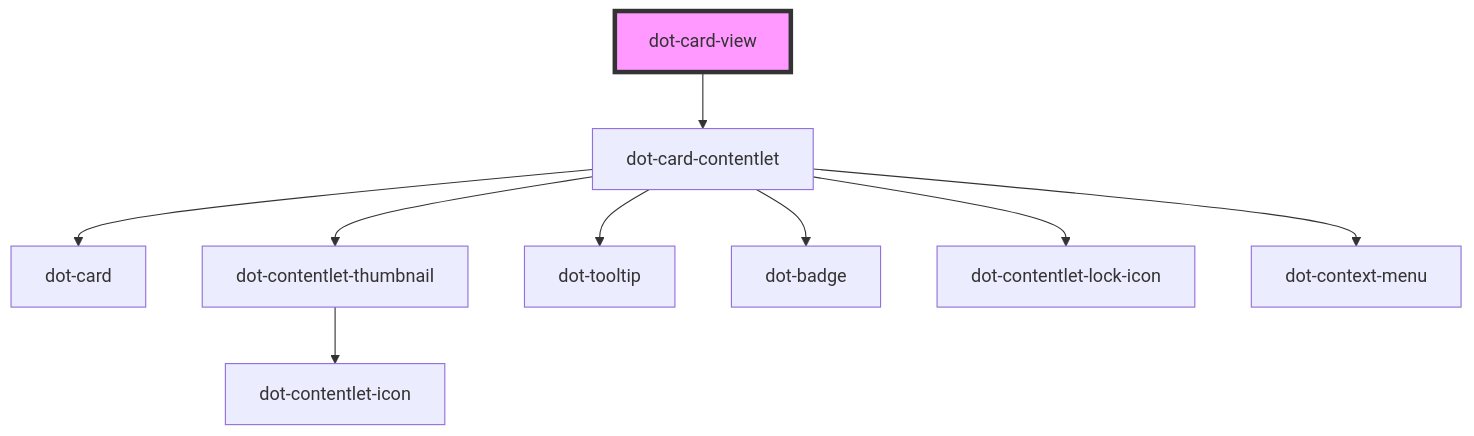
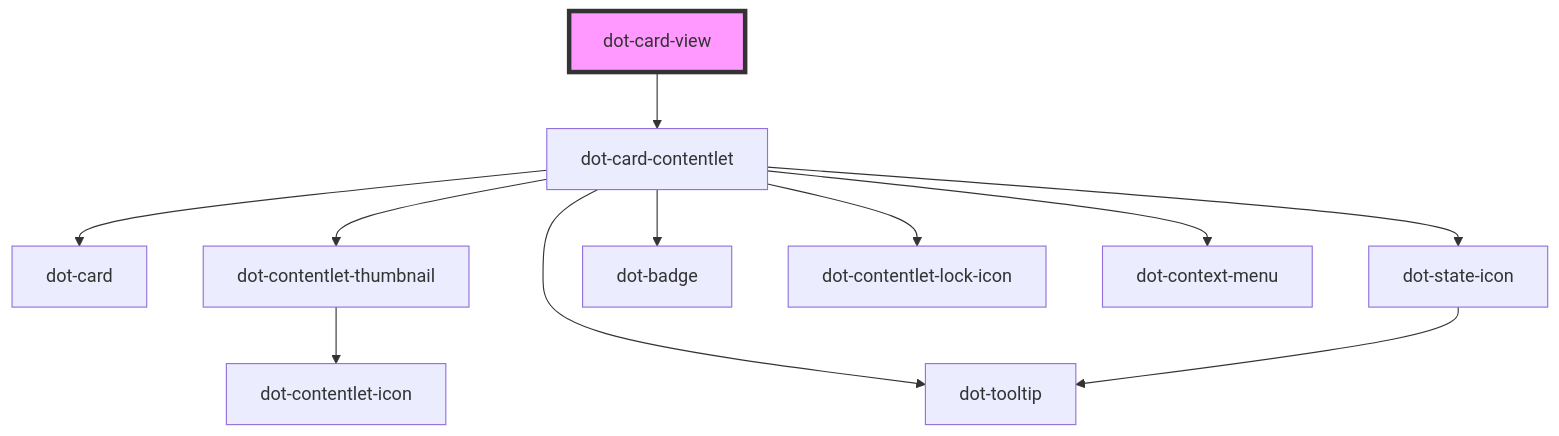
The diagram in libs/dotcms-webcomponents/src/collections/dot-card-view/readme.md (dotCMS/core), drawn with Mermaid before and after one commit. The commit also changed 2 other files, not shown here.

Commit message:
Add readme for web components

````diff
--- a/libs/dotcms-webcomponents/src/collections/dot-card-view/readme.md
+++ b/libs/dotcms-webcomponents/src/collections/dot-card-view/readme.md
@@ -54,12 +54,14 @@
 ```mermaid
 graph TD;
   dot-card-view --> dot-card-contentlet
   dot-card-contentlet --> dot-card
   dot-card-contentlet --> dot-contentlet-thumbnail
   dot-card-contentlet --> dot-tooltip
+  dot-card-contentlet --> dot-state-icon
   dot-card-contentlet --> dot-badge
   dot-card-contentlet --> dot-contentlet-lock-icon
   dot-card-contentlet --> dot-context-menu
   dot-contentlet-thumbnail --> dot-contentlet-icon
+  dot-state-icon --> dot-tooltip
   style dot-card-view fill:#f9f,stroke:#333,stroke-width:4px
 ```
````
